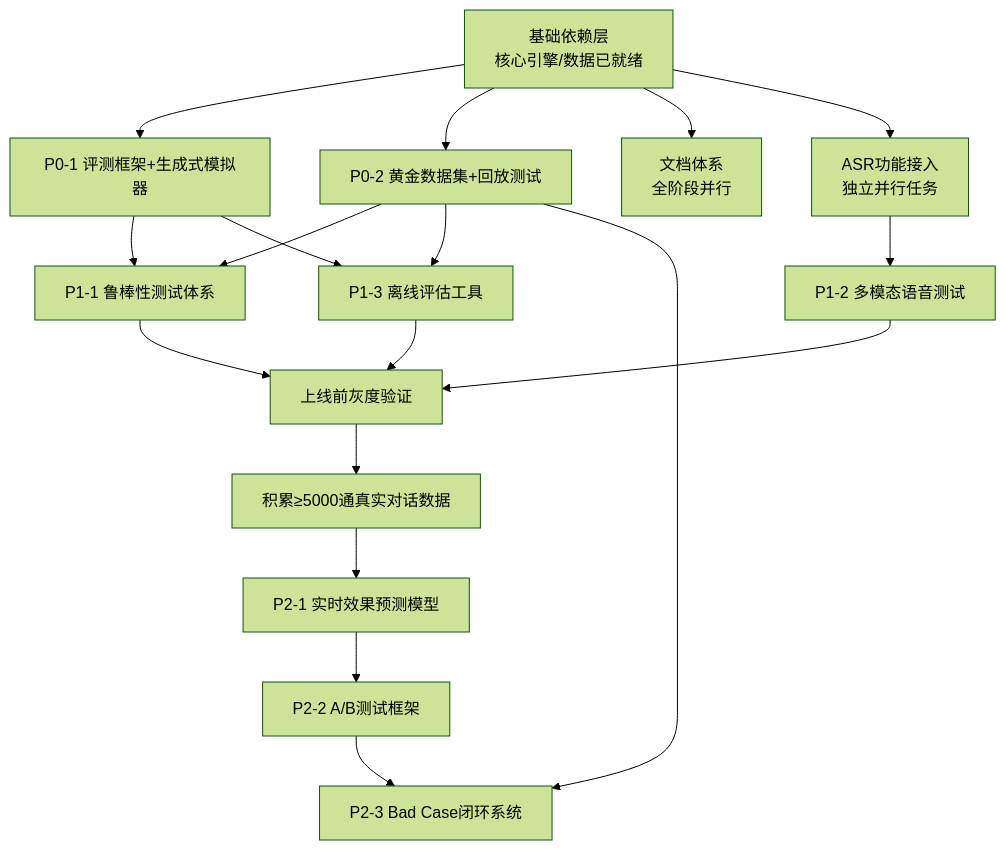
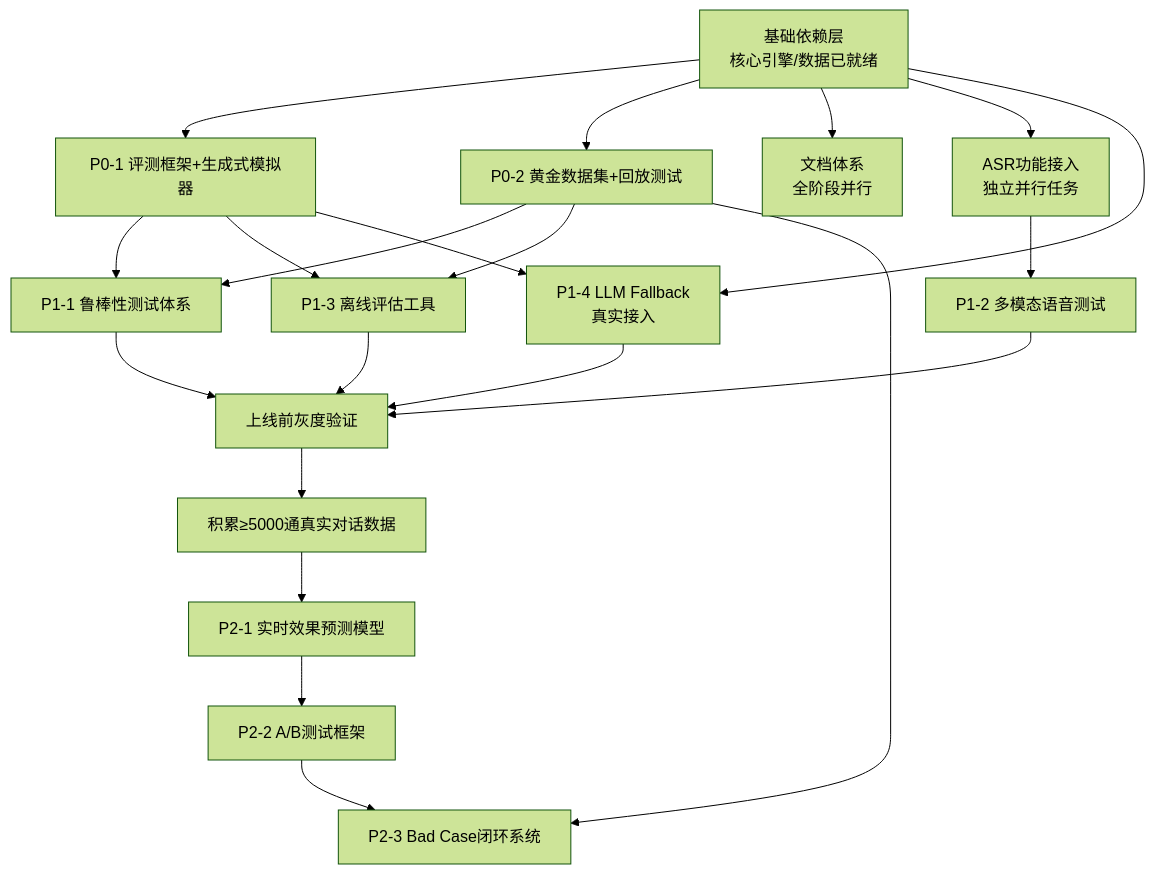
The diagram in docs/ROADMAP.md (zhaodaolimeng/ai-telemarketing), drawn with Mermaid (forest theme) before and after one commit. The commit also changed other lines of this file and 7 other files, not shown here.

````diff
--- a/docs/ROADMAP.md
+++ b/docs/ROADMAP.md
@@ -103,25 +111,28 @@
 ```mermaid
 graph TD
     %% 根依赖
     BASE[基础依赖层<br>核心引擎/数据已就绪] --> P01[P0-1 评测框架+生成式模拟器]
     BASE --> P02[P0-2 黄金数据集+回放测试]
     BASE --> DOC[文档体系<br>全阶段并行]
     BASE --> ASR[ASR功能接入<br>独立并行任务]
     
     %% P0 -> P1
     P01 --> P11[P1-1 鲁棒性测试体系]
     P02 --> P11
     P01 --> P13[P1-3 离线评估工具]
     P02 --> P13
     ASR --> P12[P1-2 多模态语音测试]
+    BASE --> P14[P1-4 LLM Fallback<br>真实接入]
+    P01 --> P14
     
     %% P1 -> 上线 -> P2
     P11 --> PRE_ONLINE[上线前灰度验证]
     P12 --> PRE_ONLINE
     P13 --> PRE_ONLINE
+    P14 --> PRE_ONLINE
     PRE_ONLINE --> DATA[积累≥5000通真实对话数据]
     DATA --> P21[P2-1 实时效果预测模型]
     P21 --> P22[P2-2 A/B测试框架]
     P22 --> P23[P2-3 Bad Case闭环系统]
     P02 --> P23
 ```
````
